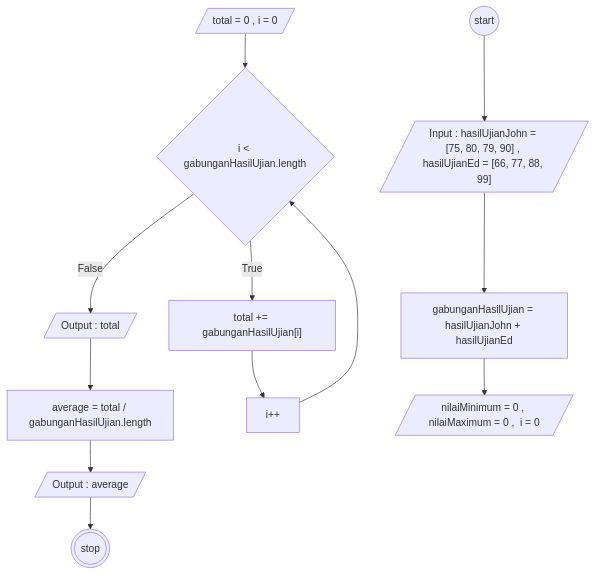
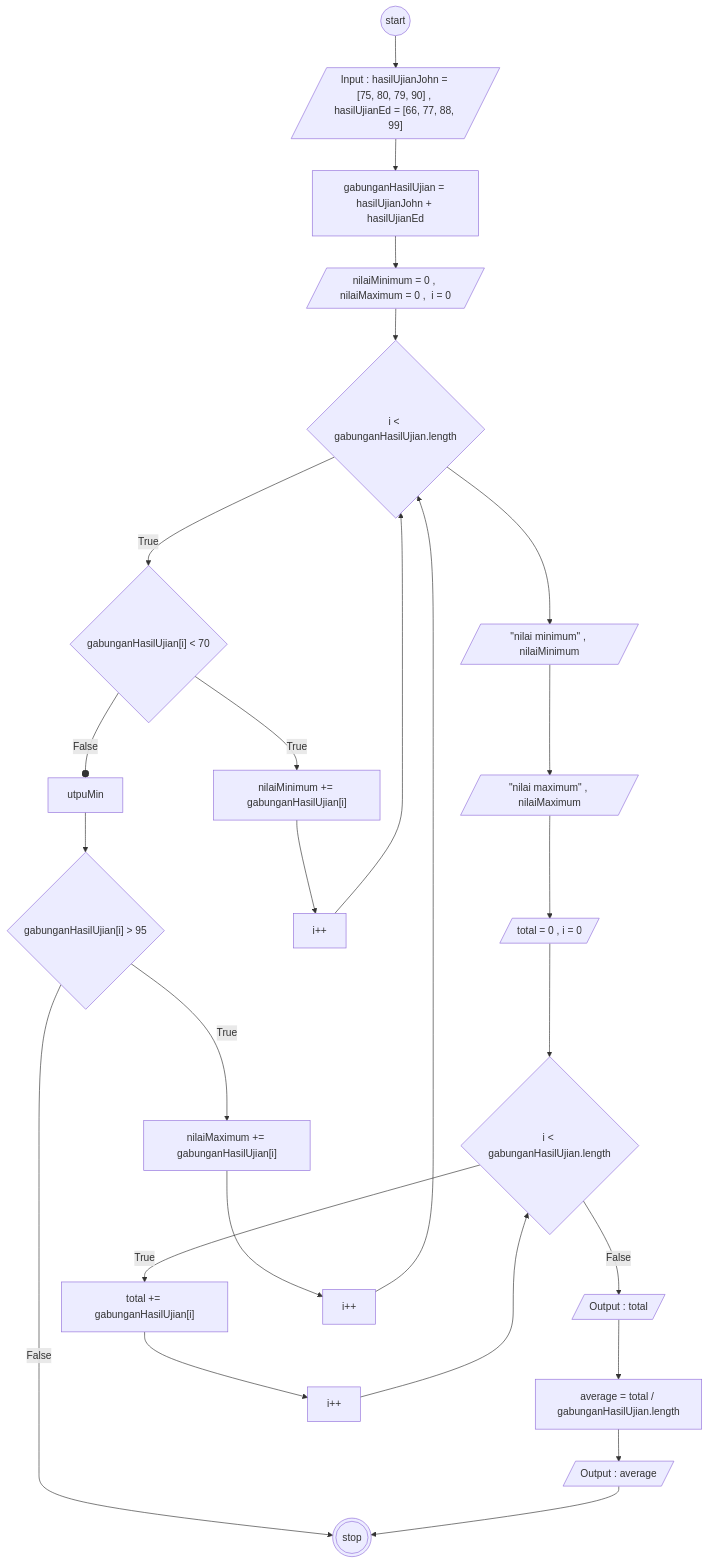
One commit to adityabastyas/koda-b6-javascript2 changed the diagram in task1.md. Above: the diagram before and after it, drawn with Mermaid.

Commit message:
Update mermaid flowchart with additional logic

````diff
--- a/task1.md
+++ b/task1.md
@@ -1,32 +1,59 @@
 ```mermaid
 flowchart TD
   start@{shape: circle}
   input@{shape: lean-r, label : 'Input : hasilUjianJohn = [75, 80, 79, 90] , hasilUjianEd = [66, 77, 88, 99]'}
   gabung@{shape: rect, label : 'gabunganHasilUjian = hasilUjianJohn + hasilUjianEd'}
 
   total@{shape: lean-r, label : 'total = 0 , i = 0'}
 
 average@{shape: rect, label : 'average = total / gabunganHasilUjian.length'}
   stop@{shape: dbl-circ}
+
 ifGabungan@{shape: diamond, label : 'i < gabunganHasilUjian.length'}
 totalYa@{shape: rect, label : 'total += gabunganHasilUjian[i]'}
 iPlusPlus@{shape: rect, label : 'i++'}
 OutputTotal@{shape: lean-r , label : 'Output : total'}
 OutputAverage@{shape: lean-r , label : 'Output : average'}
 
 minMax@{shape: lean-r, label : 'nilaiMinimum = 0 , nilaiMaximum = 0 ,  i = 0'}
+minMaxTrue@{shape : rect, label : 'nilaiMinimum += gabunganHasilUjian[i]'}
+
+ifGabungan1@{shape: diamond, label : 'i < gabunganHasilUjian.length'}
+isMin@{shape: diamond , label : 'gabunganHasilUjian[i] < 70'}
+
+outpuMin@{shape: lean-r, label : '"nilai minimum" , nilaiMinimum'}
+outpuMax@{shape: lean-r, label : '"nilai maximum" , nilaiMaximum'}
+plusplus@{shape: rect, label : 'i++'}
+
+ifLebih95@{shape: diamond, label : 'gabunganHasilUjian[i] > 95'}
+ifLebih95True@{shape: rect, label : 'nilaiMaximum += gabunganHasilUjian[i]'}
+plusplus2@{shape: rect, label : 'i++'}
 
   start --> input
   input --> gabung
   gabung --> minMax
+  minMax-->ifGabungan1
+  ifGabungan1 --True--> isMin --True--> minMaxTrue
+  minMaxTrue --> plusplus --> ifGabungan1
+   ifGabungan1 -->
+   outpuMin --> outpuMax
+
+  isMin --False--outpuMin --> ifLebih95
+  ifLebih95 --True--> ifLebih95True --> plusplus2
+  plusplus2 --> ifGabungan1
+  ifLebih95 --False--> stop
+
+   outpuMax -->  total
+
+
 
 total --> ifGabungan
 ifGabungan --True--> totalYa
 totalYa --> iPlusPlus
 iPlusPlus --> ifGabungan
 ifGabungan --False--> OutputTotal
 OutputTotal --> average
  average --> OutputAverage --> stop
 
 
 ```
````
